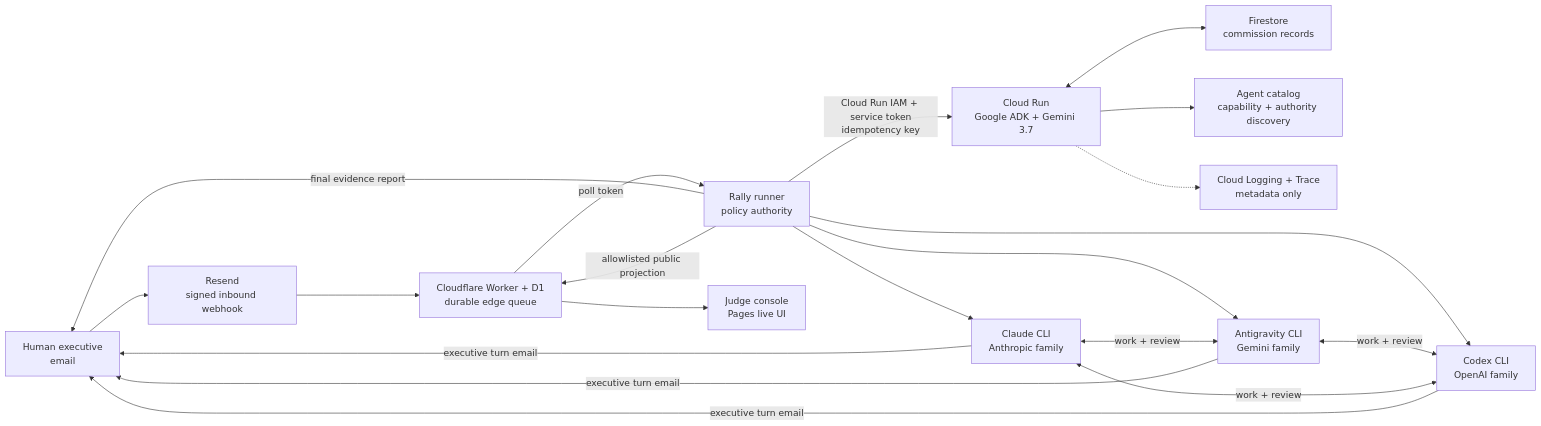
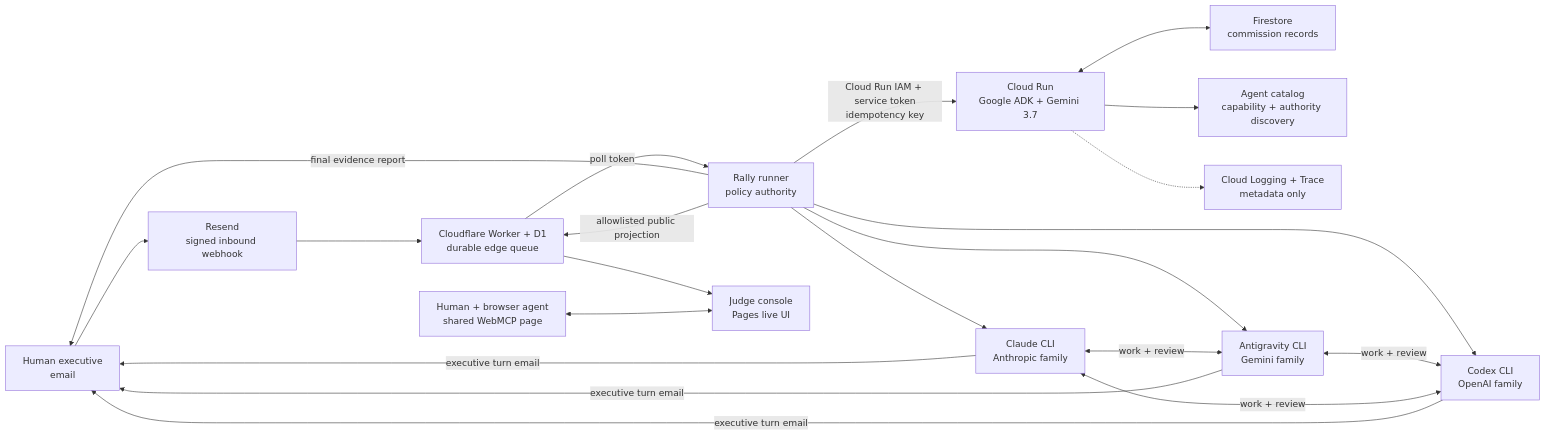
Before and after one commit to Agent9AI/rally: the diagram in docs/ARCHITECTURE.md, drawn with Mermaid. The commit also changed other lines of this file and 11 other files, not shown here.

Commit message:
Ship governed WebMCP browser collaboration

````diff
--- a/docs/ARCHITECTURE.md
+++ b/docs/ARCHITECTURE.md
@@ -7,22 +7,23 @@
 ```mermaid
 flowchart LR
     H["Human executive<br/>email"] --> R["Resend<br/>signed inbound webhook"]
     R --> W["Cloudflare Worker + D1<br/>durable edge queue"]
     W -->|"poll token"| L["Rally runner<br/>policy authority"]
     L -->|"Cloud Run IAM + service token<br/>idempotency key"| C["Cloud Run<br/>Google ADK + Gemini 3.7"]
     C <--> F["Firestore<br/>commission records"]
     C --> K["Agent catalog<br/>capability + authority discovery"]
     C -.-> T["Cloud Logging + Trace<br/>metadata only"]
     L --> A["Claude CLI<br/>Anthropic family"]
     L --> G["Antigravity CLI<br/>Gemini family"]
     L --> O["Codex CLI<br/>OpenAI family"]
     A <-->|"work + review"| G
     G <-->|"work + review"| O
     O <-->|"work + review"| A
     A -->|"executive turn email"| H
     G -->|"executive turn email"| H
     O -->|"executive turn email"| H
     L -->|"final evidence report"| H
     L -->|"allowlisted public projection"| W
     W --> D["Judge console<br/>Pages live UI"]
+    B["Human + browser agent<br/>shared WebMCP page"] <--> D
 ```
````
